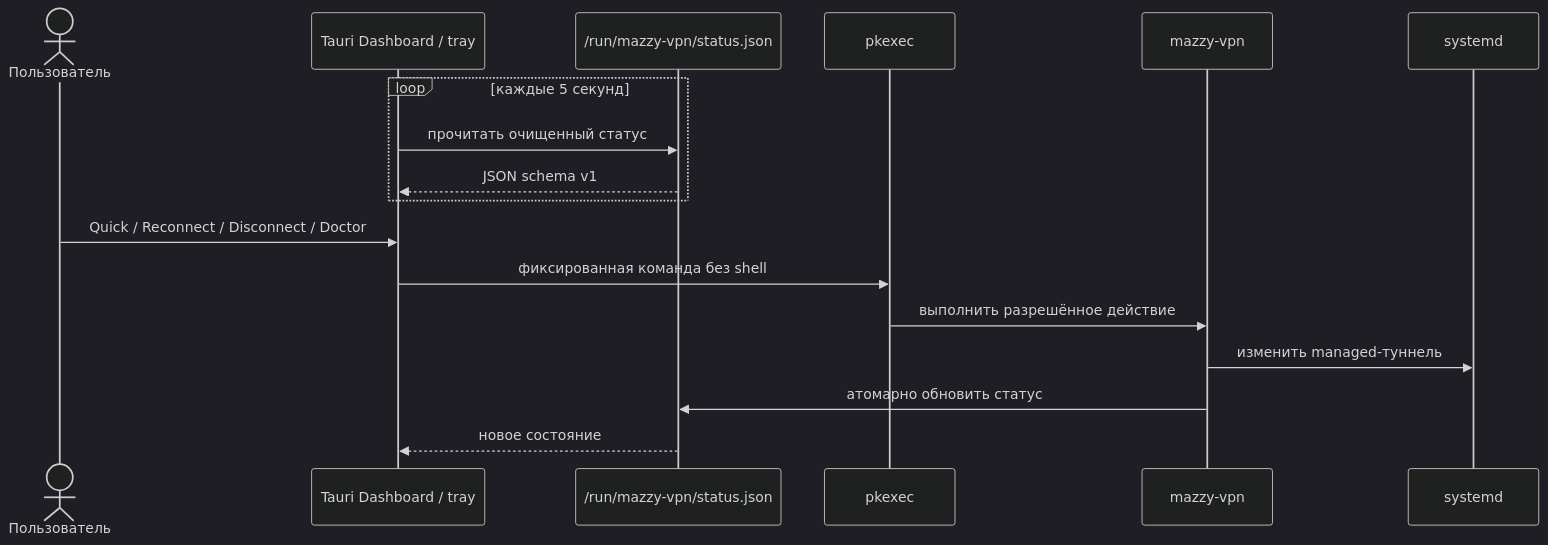
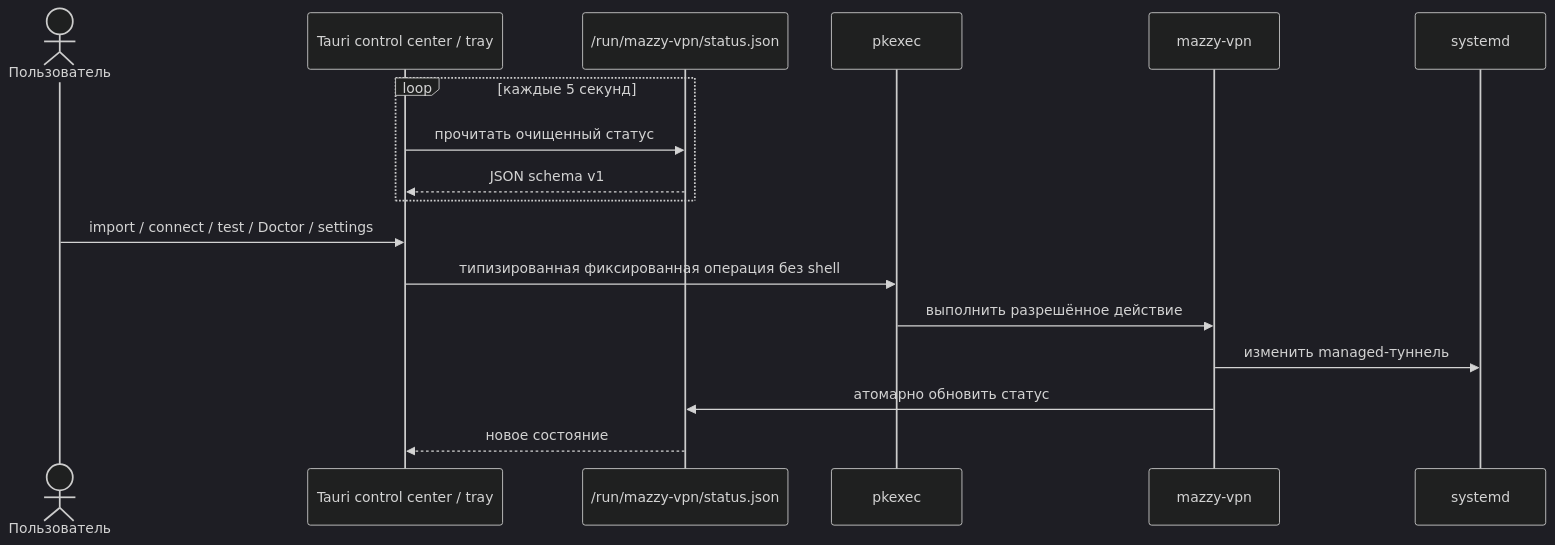
One commit to mazurovn/mazzy-vpn changed the second of 5 diagrams in docs/ARCHITECTURE.ru.md. Above: the diagram before and after it, drawn with Mermaid (dark theme). The commit also changed other lines of this file and 45 other files, not shown here.

First line of the commit message:
Desktop Linux control center 0.2 and cross-platform release plan (#21)

````diff
--- a/docs/ARCHITECTURE.ru.md
+++ b/docs/ARCHITECTURE.ru.md
@@ -112,20 +117,20 @@
 ```mermaid
 sequenceDiagram
     actor User as Пользователь
-    participant UI as Tauri Dashboard / tray
+    participant UI as Tauri control center / tray
     participant Cache as /run/mazzy-vpn/status.json
     participant PK as pkexec
     participant CLI as mazzy-vpn
     participant SD as systemd
 
     loop каждые 5 секунд
         UI->>Cache: прочитать очищенный статус
         Cache-->>UI: JSON schema v1
     end
-    User->>UI: Quick / Reconnect / Disconnect / Doctor
-    UI->>PK: фиксированная команда без shell
+    User->>UI: import / connect / test / Doctor / settings
+    UI->>PK: типизированная фиксированная операция без shell
     PK->>CLI: выполнить разрешённое действие
     CLI->>SD: изменить managed-туннель
     CLI->>Cache: атомарно обновить статус
     Cache-->>UI: новое состояние
 ```
````
